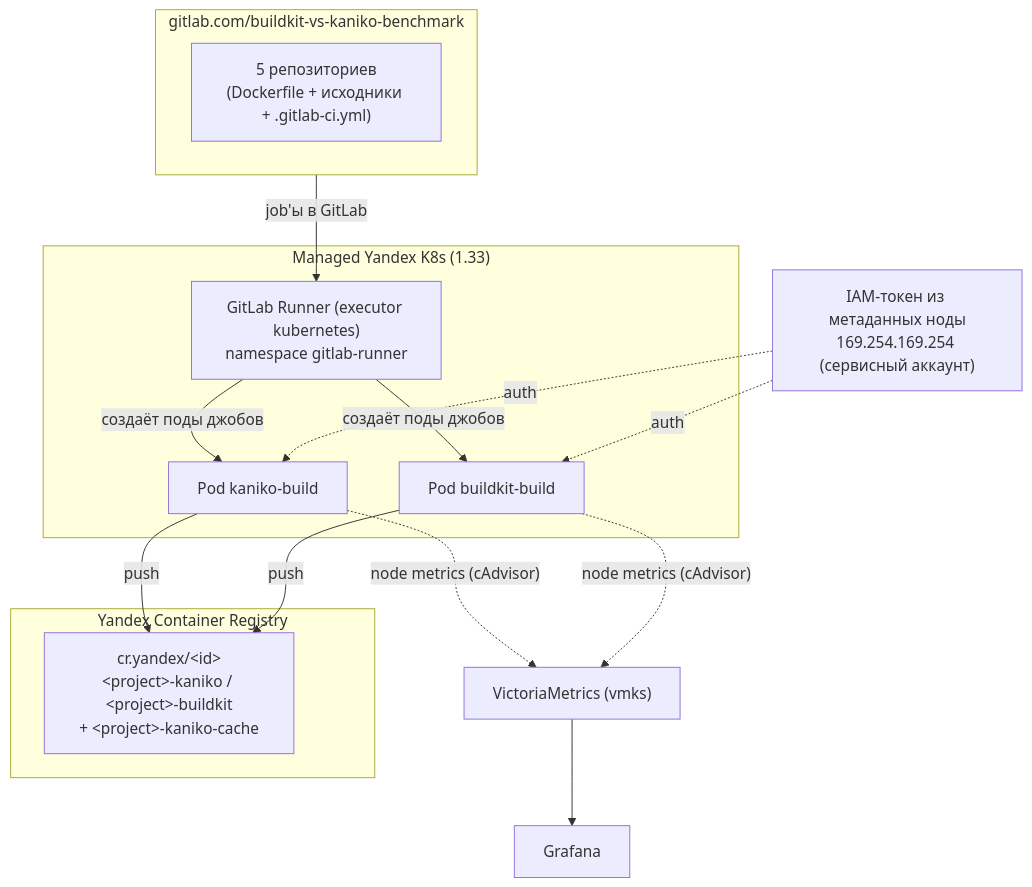
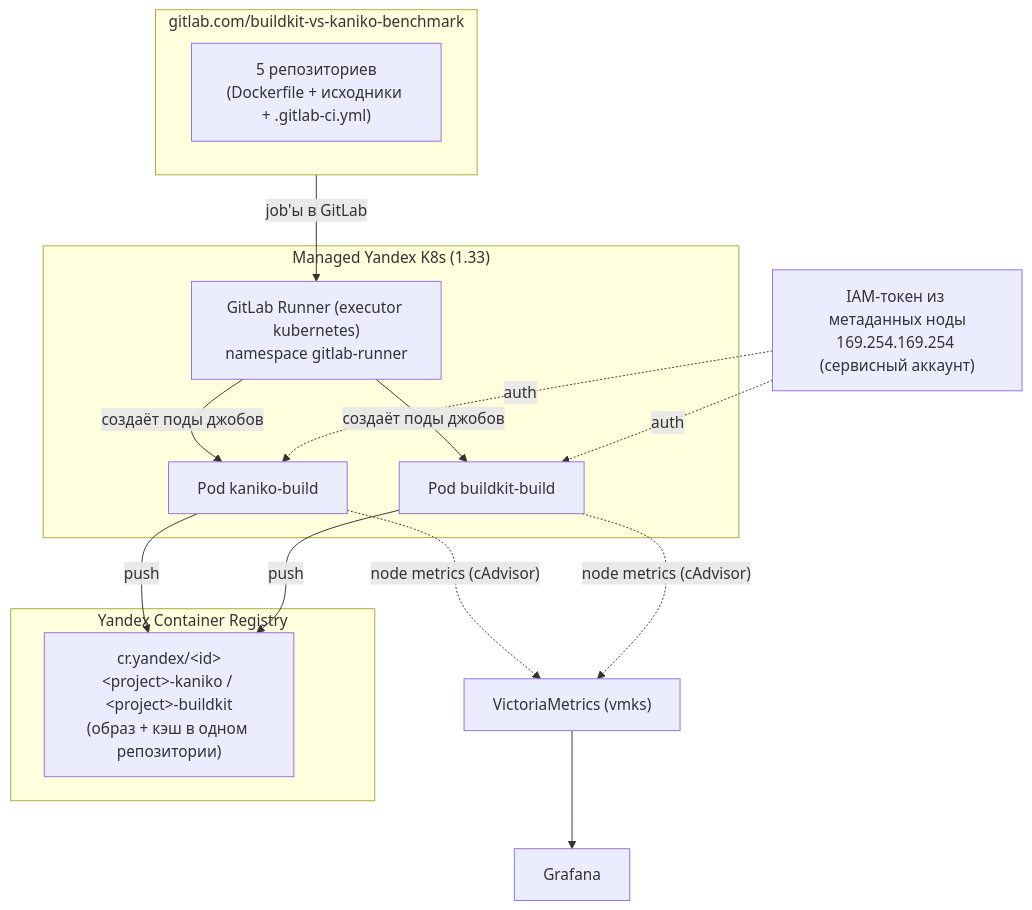
Before and after one commit to patsevanton/buildkit-vs-kaniko-benchmark: the diagram in README.md, drawn with Mermaid. The commit also changed other lines of this file, not shown here.

Commit message:
отказ от отдельного репозитория кэша kaniko в README

````diff
--- a/README.md
+++ b/README.md
@@ -35,31 +35,31 @@
 ```mermaid
 flowchart TB
     subgraph GL["gitlab.com/buildkit-vs-kaniko-benchmark"]
         P1["5 репозиториев<br/>(Dockerfile + исходники + .gitlab-ci.yml)"]
     end
 
     subgraph K8s["Managed Yandex K8s (1.33)"]
         R["GitLab Runner (executor kubernetes)<br/>namespace gitlab-runner"]
         K["Pod kaniko-build"]
         B["Pod buildkit-build"]
         R -->|"создаёт поды джобов"| K
         R -->|"создаёт поды джобов"| B
     end
 
     subgraph YCR["Yandex Container Registry"]
-        REG["cr.yandex/&lt;id&gt;<br/>&lt;project&gt;-kaniko / &lt;project&gt;-buildkit<br/>+ &lt;project&gt;-kaniko-cache"]
+        REG["cr.yandex/&lt;id&gt;<br/>&lt;project&gt;-kaniko / &lt;project&gt;-buildkit<br/>(образ + кэш в одном репозитории)"]
     end
 
     MET["IAM-токен из метаданных ноды<br/>169.254.169.254 (сервисный аккаунт)"]
     VM["VictoriaMetrics (vmks)"]
     G["Grafana"]
 
     GL -->|"job'ы в GitLab"| R
     K -->|"push"| REG
     B -->|"push"| REG
     MET -.->|"auth"| K
     MET -.->|"auth"| B
     K -.->|"node metrics (cAdvisor)"| VM
     B -.->|"node metrics (cAdvisor)"| VM
     VM --> G
 ```
````
